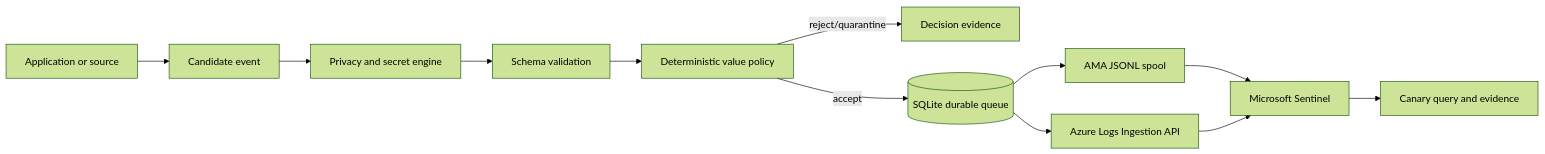
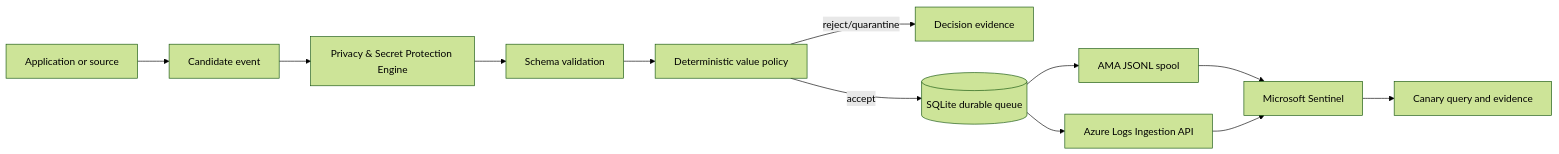
The diagram in README.md (jusso-dev/Bower), drawn with Mermaid (forest theme) before and after one commit. The commit also changed other lines of this file and 6 other files, not shown here.

````diff
--- a/README.md
+++ b/README.md
@@ -111,14 +116,14 @@
 ```mermaid
 flowchart LR
     A[Application or source] --> B[Candidate event]
-    B --> C[Privacy and secret engine]
+    B --> C["Privacy & Secret Protection Engine"]
     C --> D[Schema validation]
     D --> E[Deterministic value policy]
     E -->|reject/quarantine| F[Decision evidence]
     E -->|accept| G[(SQLite durable queue)]
     G --> H[AMA JSONL spool]
     G --> I[Azure Logs Ingestion API]
     H --> J[Microsoft Sentinel]
     I --> J
     J --> K[Canary query and evidence]
 ```
````
